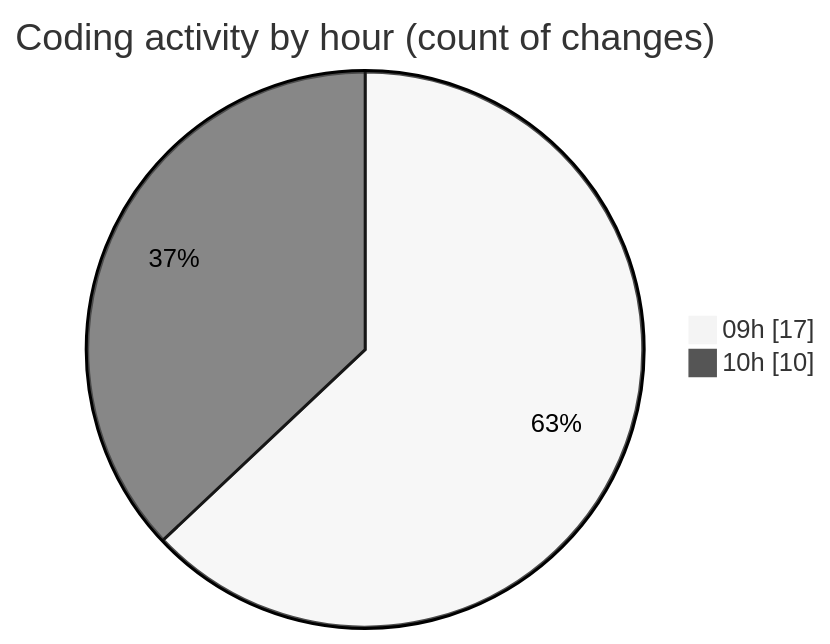
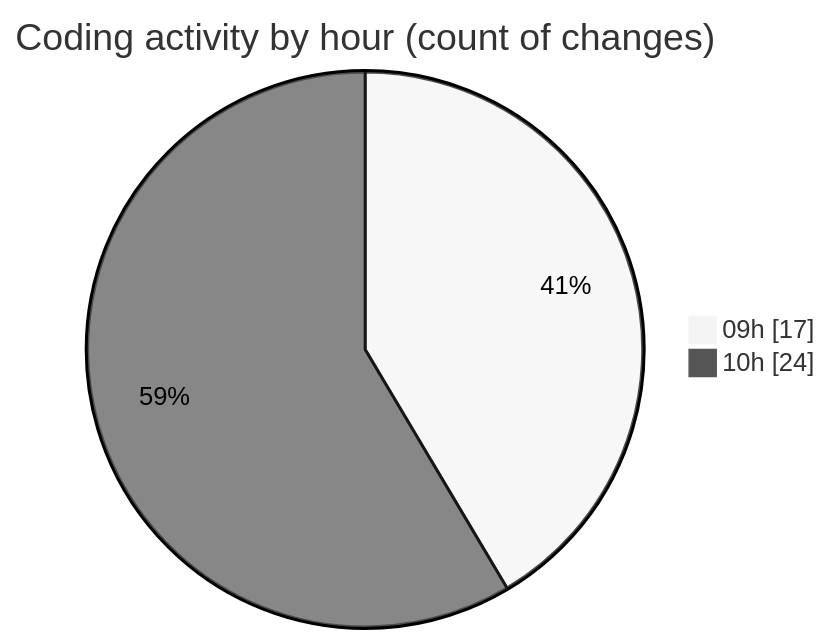
The second of 2 diagrams in 2026-08-04/cda/README.md (momahboobian/code-tracking), drawn with Mermaid (neutral theme) before and after one commit. The commit also changed other lines of this file and 1 other file, not shown here.

````diff
--- a/2026-08-04/cda/README.md
+++ b/2026-08-04/cda/README.md
@@ -40,6 +45,6 @@
 ```mermaid
 pie showData
 title Coding activity by hour (count of changes)
 "09h" : 17
-"10h" : 10
+"10h" : 24
 ```
````
